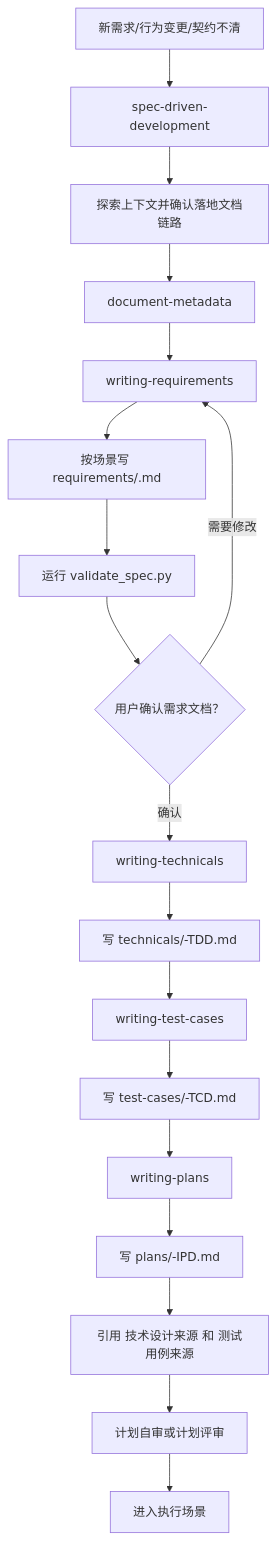
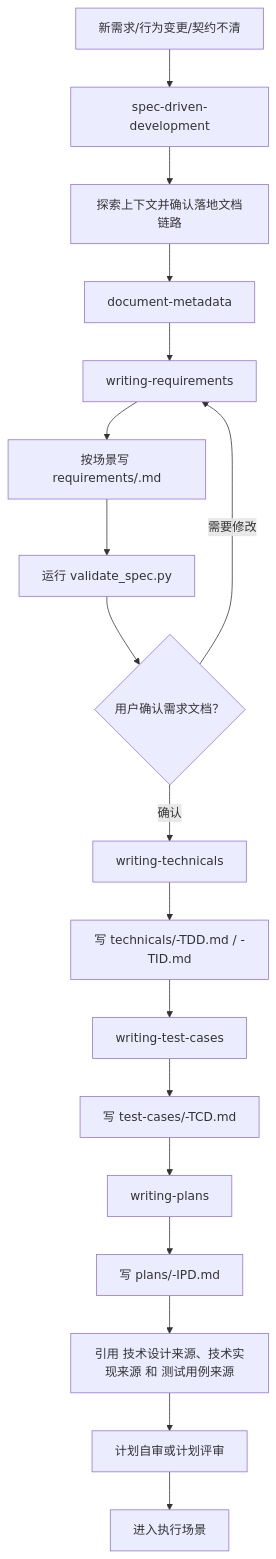
One commit to Vincen-dev/coding-plugins changed the third of 11 diagrams in docs/workflow-chain.md. Above: the diagram before and after it, drawn with Mermaid. The commit also changed other lines of this file and 11 other files, not shown here.

````diff
--- a/docs/workflow-chain.md
+++ b/docs/workflow-chain.md
@@ -186,20 +186,20 @@
 ```mermaid
 flowchart TD
   A["新需求/行为变更/契约不清"] --> B["spec-driven-development"]
   B --> C["探索上下文并确认落地文档链路"]
   C --> META["document-metadata"]
   META --> D["writing-requirements"]
   D --> E["按场景写 requirements/<spec-kind>.md"]
   E --> F["运行 validate_spec.py"]
   F --> G{"用户确认需求文档？"}
   G -->|需要修改| D
   G -->|确认| TD["writing-technicals"]
-  TD --> H["写 technicals/<feature-name>-TDD.md"]
+  TD --> H["写 technicals/<feature-name>-TDD.md / <feature-name>-TID.md"]
   H --> TC["writing-test-cases"]
   TC --> I["写 test-cases/<feature-name>-TCD.md"]
   I --> PLAN["writing-plans"]
   PLAN --> J["写 plans/<feature-name>-IPD.md"]
-  J --> K["引用 技术设计来源 和 测试用例来源"]
+  J --> K["引用 技术设计来源、技术实现来源 和 测试用例来源"]
   K --> L["计划自审或计划评审"]
   L --> M["进入执行场景"]
 ```
````
